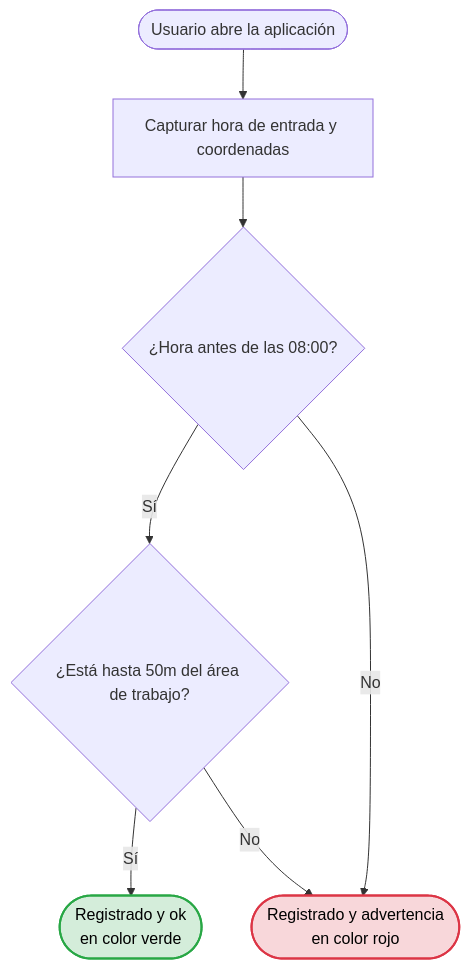
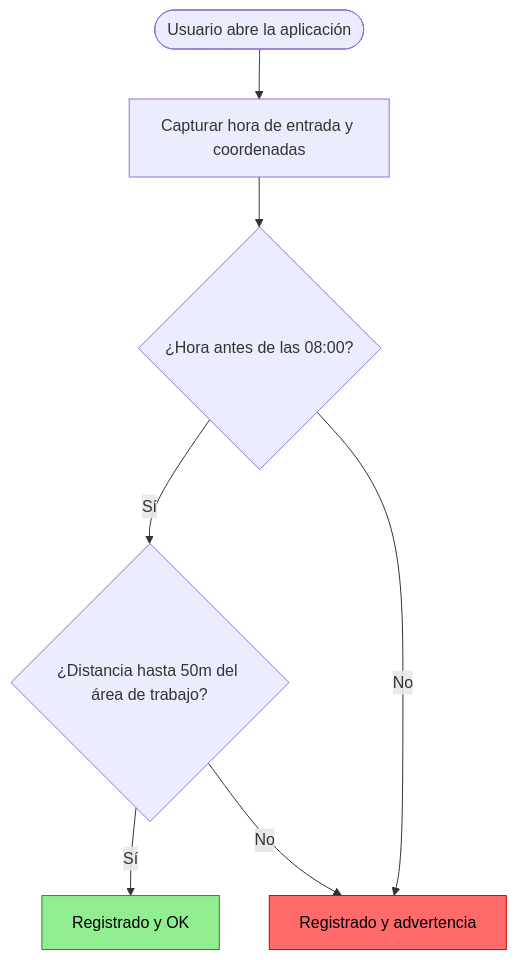
One commit to lisaestrellita7/diagrama-control-asistencia changed the diagram in README.md. Above: the diagram before and after it, drawn with Mermaid. The commit also changed other lines of this file, not shown here.

````diff
--- a/README.md
+++ b/README.md
@@ -1,18 +1,15 @@
 ```mermaid
 flowchart TD
     A([Usuario abre la aplicación]) --> B[Capturar hora de entrada y coordenadas]
-    
     B --> C{"¿Hora antes de las 08:00?"}
-    
-    C -->|Sí| D{"¿Está hasta 50m del área de trabajo?"}
-    C -->|No| F(["Registrado y advertencia<br>en color rojo"])
-    
-    D -->|Sí| E(["Registrado y ok<br>en color verde"])
+    C -->|Sí| D{"¿Distancia hasta 50m del área de trabajo?"}
+    C -->|No| F[Registrado y advertencia]
+    D -->|Sí| E[Registrado y OK]
     D -->|No| F
-    
-    classDef verde fill:#d4edda,stroke:#28a745,stroke-width:2px,color:#000
-    classDef rojo fill:#f8d7da,stroke:#dc3545,stroke-width:2px,color:#000
-    
-    class E verde
-    class F rojo
+
+    classDef ok fill:#90EE90,stroke:#228B22,color:#000
+    classDef advertencia fill:#FF6B6B,stroke:#CC0000,color:#000
+
+    class E ok
+    class F advertencia
 ```
````
